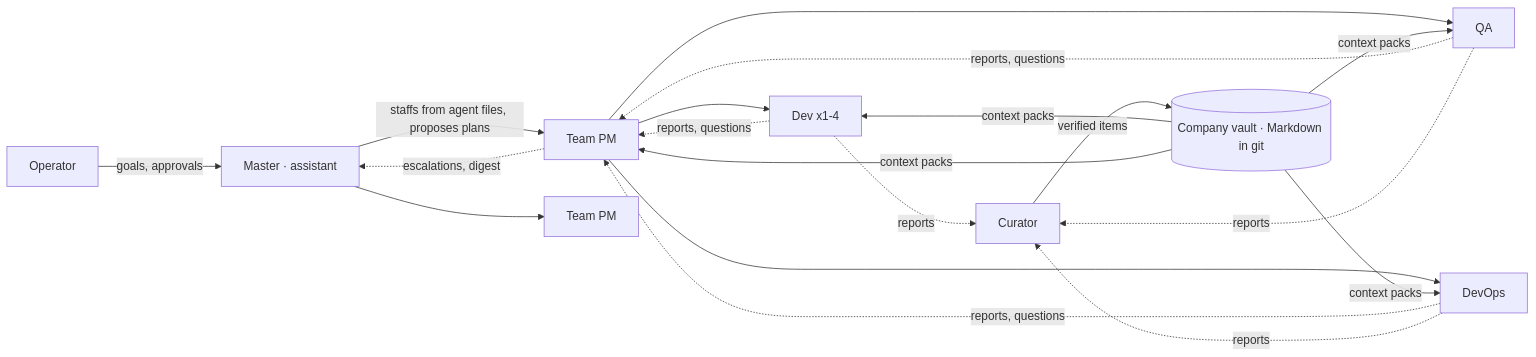
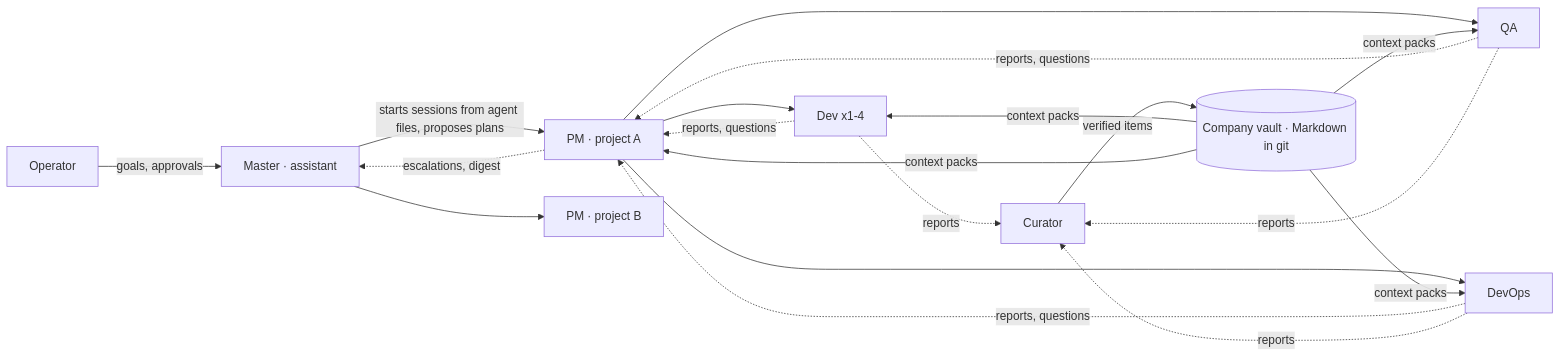
The diagram in design-plans/20260923-onboarding-master-agent/PLAN.md (favcrm/cadence), drawn with Mermaid before and after one commit. The commit also changed other lines of this file and 5 other files, not shown here.

````diff
--- a/design-plans/20260923-onboarding-master-agent/PLAN.md
+++ b/design-plans/20260923-onboarding-master-agent/PLAN.md
@@ -26,12 +26,12 @@
 ```mermaid
 flowchart LR
   OP[Operator] -->|goals, approvals| M[Master · assistant]
-  M -->|staffs from agent files, proposes plans| T1[Team PM]
-  M --> T2[Team PM]
+  M -->|starts sessions from agent files, proposes plans| T1[PM · project A]
+  M --> T2[PM · project B]
   T1 --> D[Dev x1-4] & Q[QA] & O[DevOps]
   D & Q & O -.->|reports, questions| T1
   T1 -.->|escalations, digest| M
   D & Q & O -.->|reports| C[Curator]
   C -->|verified items| V[(Company vault · Markdown in git)]
   V -->|context packs| D & Q & O & T1
 ```
````
